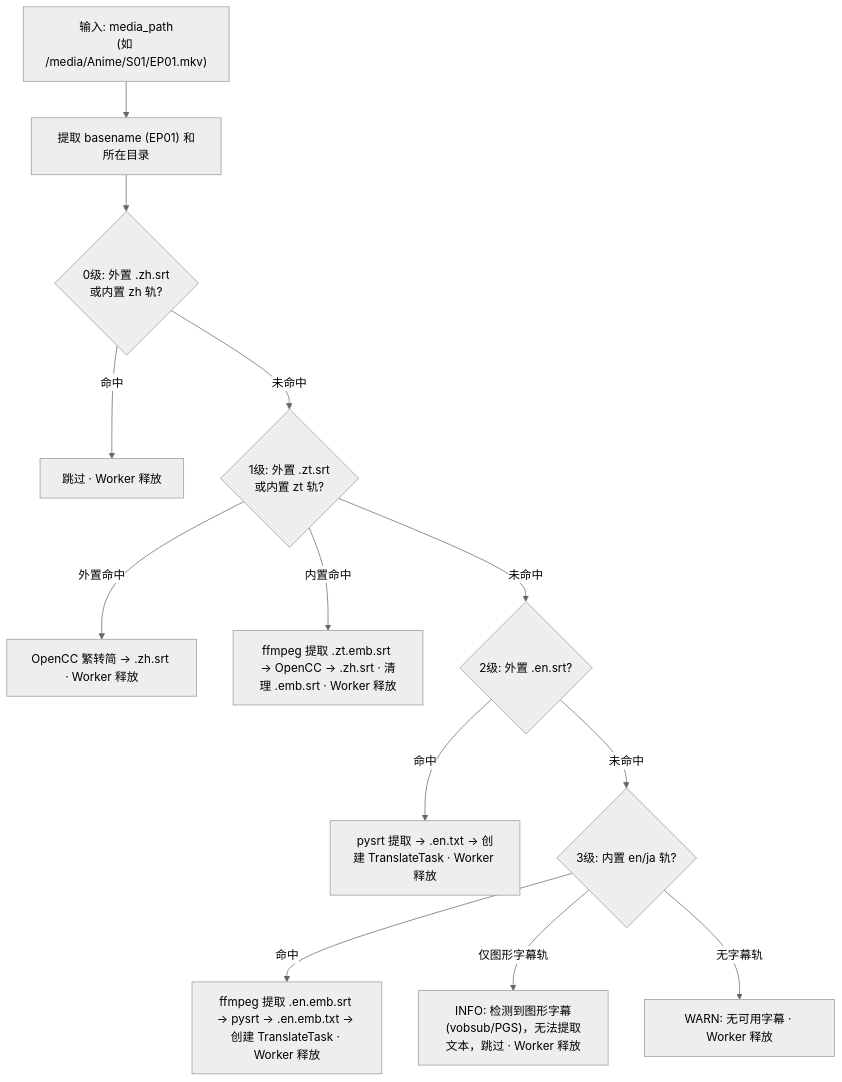
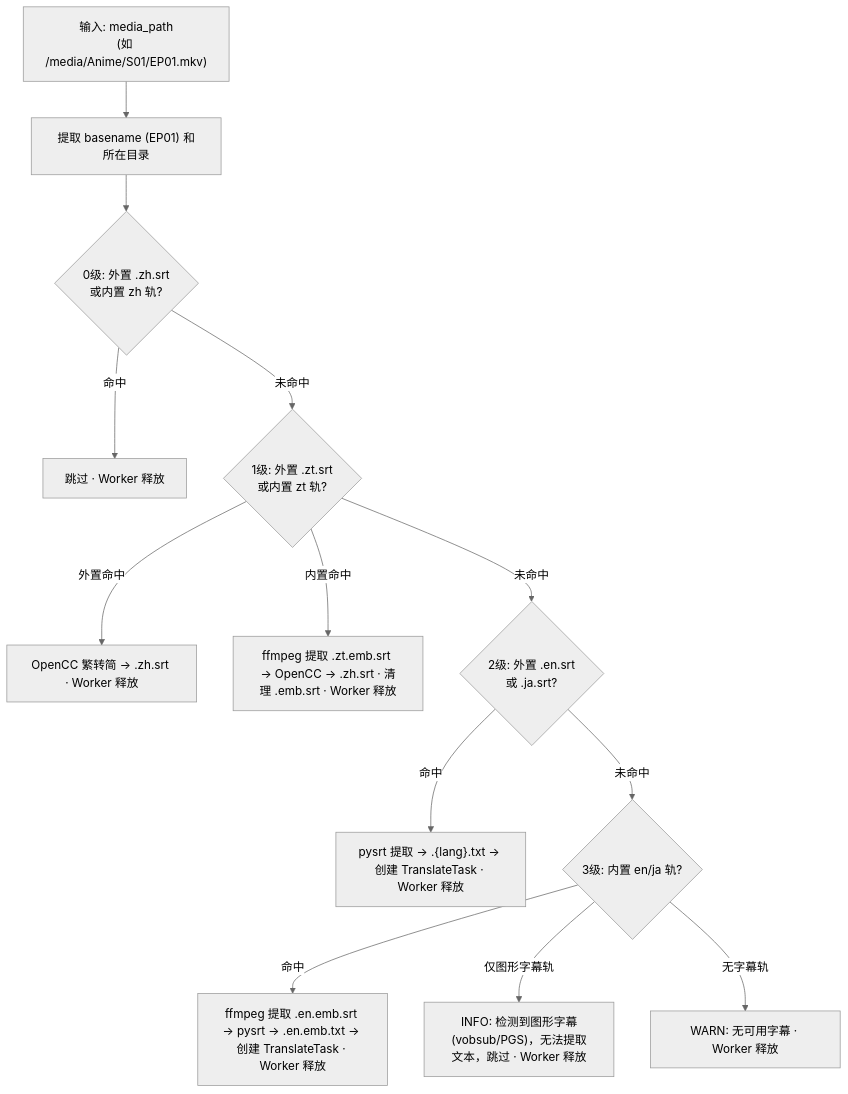
The third of 5 diagrams in Compose/SubtitleTranslator/EXPLORATION_P2.md (uniquext/OMV-Blueprint), drawn with Mermaid (neutral theme) before and after one commit. The commit also changed other lines of this file and 31 other files, not shown here.

````diff
--- a/Compose/SubtitleTranslator/EXPLORATION_P2.md
+++ b/Compose/SubtitleTranslator/EXPLORATION_P2.md
@@ -253,15 +253,15 @@
 ```mermaid
 flowchart TB
     A["输入: media_path<br/>(如 /media/Anime/S01/EP01.mkv)"] --> B["提取 basename (EP01) 和所在目录"]
     B --> C{"0级: 外置 .zh.srt<br/>或内置 zh 轨?"}
     C -->|"命中"| SKIP["跳过 · Worker 释放"]
     C -->|"未命中"| D{"1级: 外置 .zt.srt<br/>或内置 zt 轨?"}
     D -->|"外置命中"| T2S_EXT["OpenCC 繁转简 → .zh.srt · Worker 释放"]
     D -->|"内置命中"| T2S_EMB["ffmpeg 提取 .zt.emb.srt → OpenCC → .zh.srt · 清理 .emb.srt · Worker 释放"]
-    D -->|"未命中"| E{"2级: 外置 .en.srt?"}
-    E -->|"命中"| EXT2["pysrt 提取 → .en.txt → 创建 TranslateTask · Worker 释放"]
+    D -->|"未命中"| E{"2级: 外置 .en.srt<br/>或 .ja.srt?"}
+    E -->|"命中"| EXT2["pysrt 提取 → .{lang}.txt → 创建 TranslateTask · Worker 释放"]
     E -->|"未命中"| F{"3级: 内置 en/ja 轨?"}
     F -->|"命中"| EXT3["ffmpeg 提取 .en.emb.srt → pysrt → .en.emb.txt → 创建 TranslateTask · Worker 释放"]
     F -->|"仅图形字幕轨"| GFX["INFO: 检测到图形字幕(vobsub/PGS)，无法提取文本，跳过 · Worker 释放"]
     F -->|"无字幕轨"| LOG["WARN: 无可用字幕 · Worker 释放"]
 ```
````
